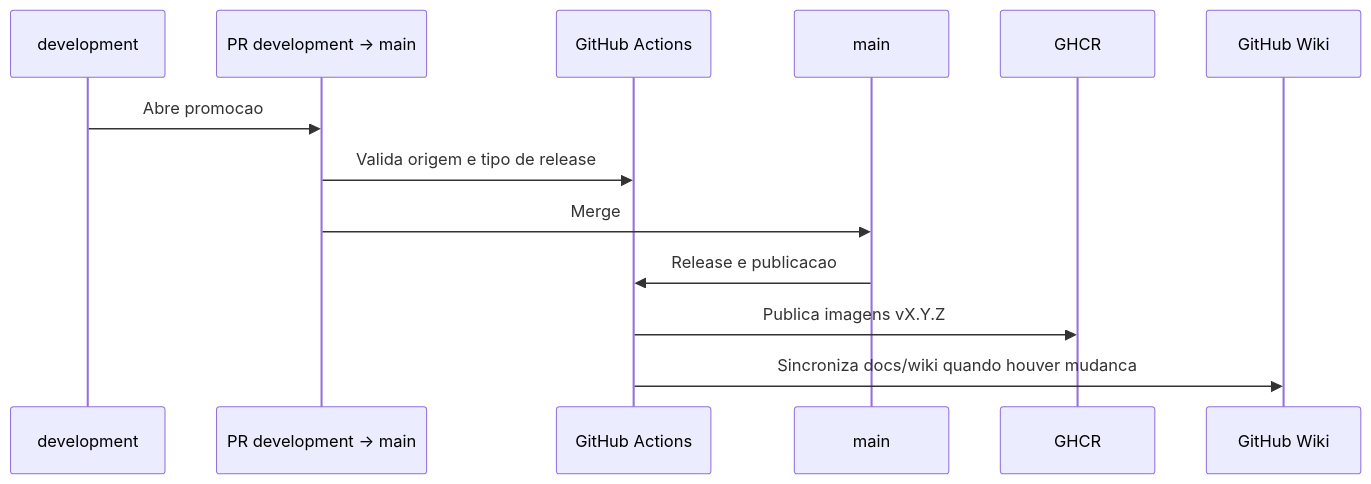
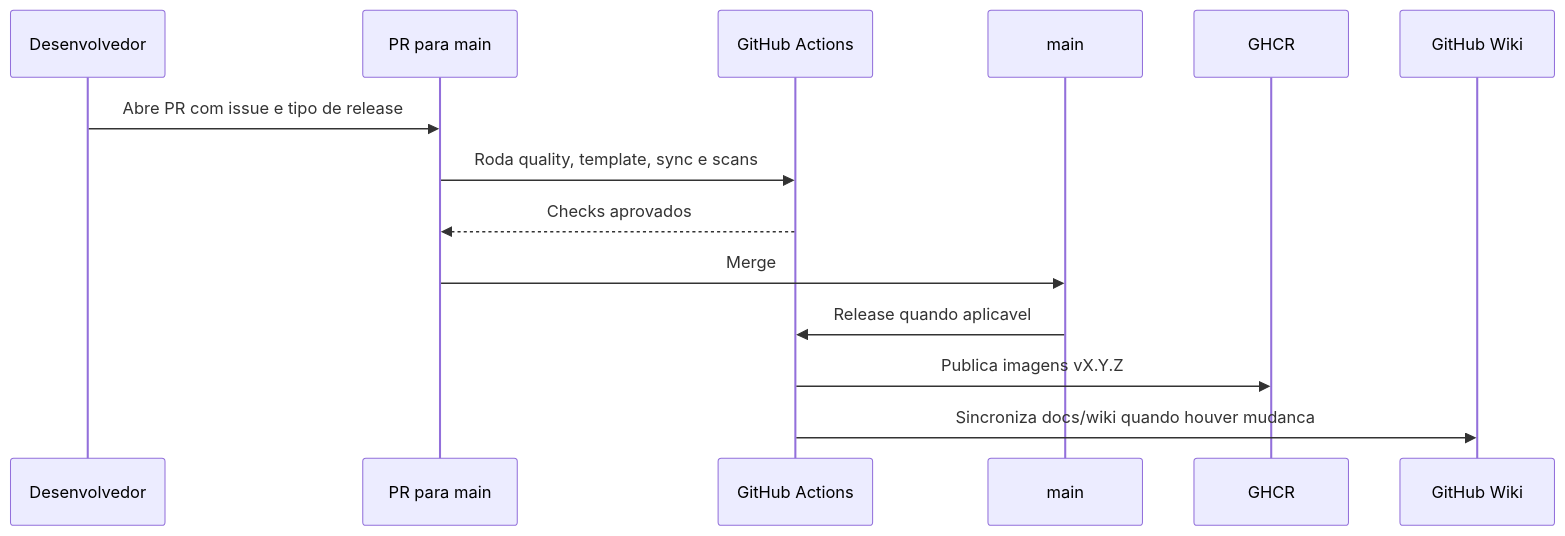
One commit to ifpebj-ti/inventario-patrimonio-cces changed the second of 3 diagrams in docs/wiki/Esteira-de-CI-CD.md. Above: the diagram before and after it, drawn with Mermaid. The commit also changed other lines of this file and 5 other files, not shown here.

Commit message:
docs(branching): documenta fluxo direto para main

````diff
--- a/docs/wiki/Esteira-de-CI-CD.md
+++ b/docs/wiki/Esteira-de-CI-CD.md
@@ -76,16 +50,17 @@
 ```mermaid
 sequenceDiagram
-    participant DevBranch as development
-    participant PRMain as PR development -> main
+    participant Dev as Desenvolvedor
+    participant PR as PR para main
     participant CI as GitHub Actions
     participant Main as main
     participant GHCR as GHCR
     participant Wiki as GitHub Wiki
 
-    DevBranch->>PRMain: Abre promocao
-    PRMain->>CI: Valida origem e tipo de release
-    PRMain->>Main: Merge
-    Main->>CI: Release e publicacao
+    Dev->>PR: Abre PR com issue e tipo de release
+    PR->>CI: Roda quality, template, sync e scans
+    CI-->>PR: Checks aprovados
+    PR->>Main: Merge
+    Main->>CI: Release quando aplicavel
     CI->>GHCR: Publica imagens vX.Y.Z
     CI->>Wiki: Sincroniza docs/wiki quando houver mudanca
 ```
````
